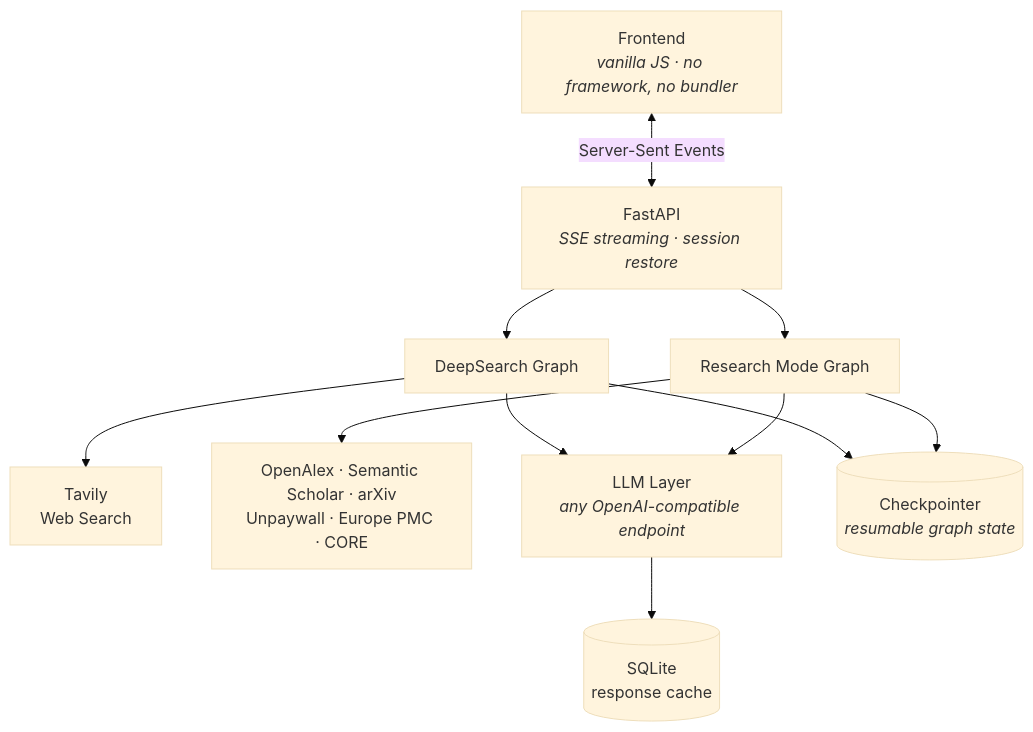
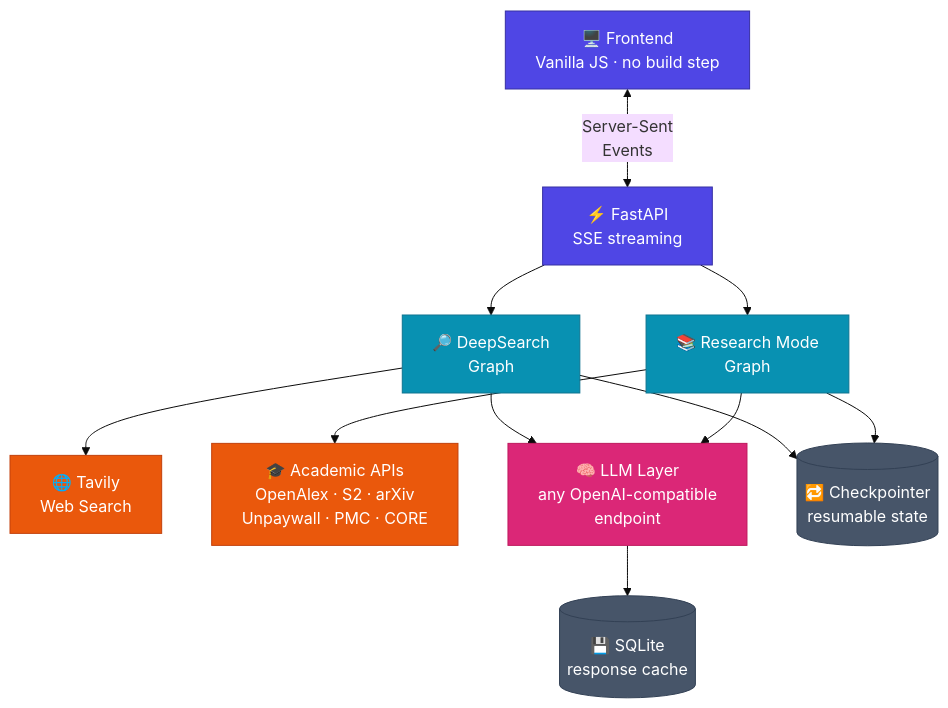
Before and after one commit to Aryan-Pardeshi/DeepResearch_AI: the first of 4 diagrams in README.md, drawn with Mermaid (base theme).

Commit message:
docs: fix clipped text and add color-coding to architecture diagram
GitHub's Mermaid renderer clipped the long italic subtext lines
(e.g. "SSE streaming · session restore") without wrapping, garbling
the diagram. Split every label into short lines and dropped the
italic markup that seemed to trigger it. Also color-coded nodes by
layer (app, graph engines, external sources, LLM, storage) so the
diagram reads at a glance instead of as a wall of uniform boxes.

````diff
--- a/README.md
+++ b/README.md
@@ -31,20 +31,30 @@
 ```mermaid
 flowchart TB
-    UI["Frontend<br/><i>vanilla JS · no framework, no bundler</i>"]
-    API["FastAPI<br/><i>SSE streaming · session restore</i>"]
+    UI["🖥️ Frontend<br/>Vanilla JS · no build step"]
+    API["⚡ FastAPI<br/>SSE streaming"]
 
-    UI <-->|"Server-Sent Events"| API
+    UI <-->|"Server-Sent<br/>Events"| API
 
-    API --> DS["DeepSearch Graph"]
-    API --> RM["Research Mode Graph"]
+    API --> DS["🔎 DeepSearch<br/>Graph"]
+    API --> RM["📚 Research Mode<br/>Graph"]
 
-    DS --> TAV["Tavily<br/>Web Search"]
-    RM --> ACAD["OpenAlex · Semantic Scholar · arXiv<br/>Unpaywall · Europe PMC · CORE"]
+    DS --> TAV["🌐 Tavily<br/>Web Search"]
+    RM --> ACAD["🎓 Academic APIs<br/>OpenAlex · S2 · arXiv<br/>Unpaywall · PMC · CORE"]
 
-    DS --> LLM["LLM Layer<br/><i>any OpenAI-compatible endpoint</i>"]
+    DS --> LLM["🧠 LLM Layer<br/>any OpenAI-compatible<br/>endpoint"]
     RM --> LLM
-    LLM --> CACHE[("SQLite<br/>response cache")]
+    LLM --> CACHE[("💾 SQLite<br/>response cache")]
 
-    DS --> CP[("Checkpointer<br/><i>resumable graph state</i>")]
+    DS --> CP[("🔁 Checkpointer<br/>resumable state")]
     RM --> CP
+
+    style UI fill:#4f46e5,stroke:#3730a3,color:#fff
+    style API fill:#4f46e5,stroke:#3730a3,color:#fff
+    style DS fill:#0891b2,stroke:#0e7490,color:#fff
+    style RM fill:#0891b2,stroke:#0e7490,color:#fff
+    style TAV fill:#ea580c,stroke:#c2410c,color:#fff
+    style ACAD fill:#ea580c,stroke:#c2410c,color:#fff
+    style LLM fill:#db2777,stroke:#be185d,color:#fff
+    style CACHE fill:#475569,stroke:#334155,color:#fff
+    style CP fill:#475569,stroke:#334155,color:#fff
 ```
````
